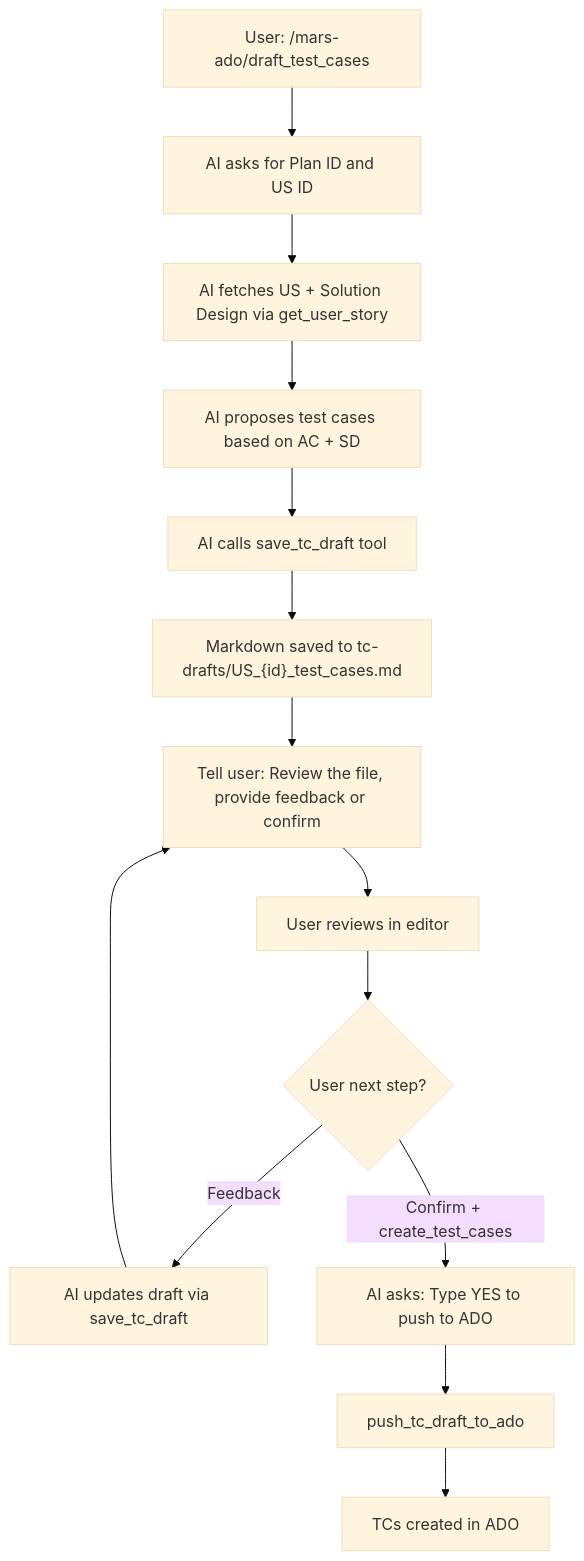
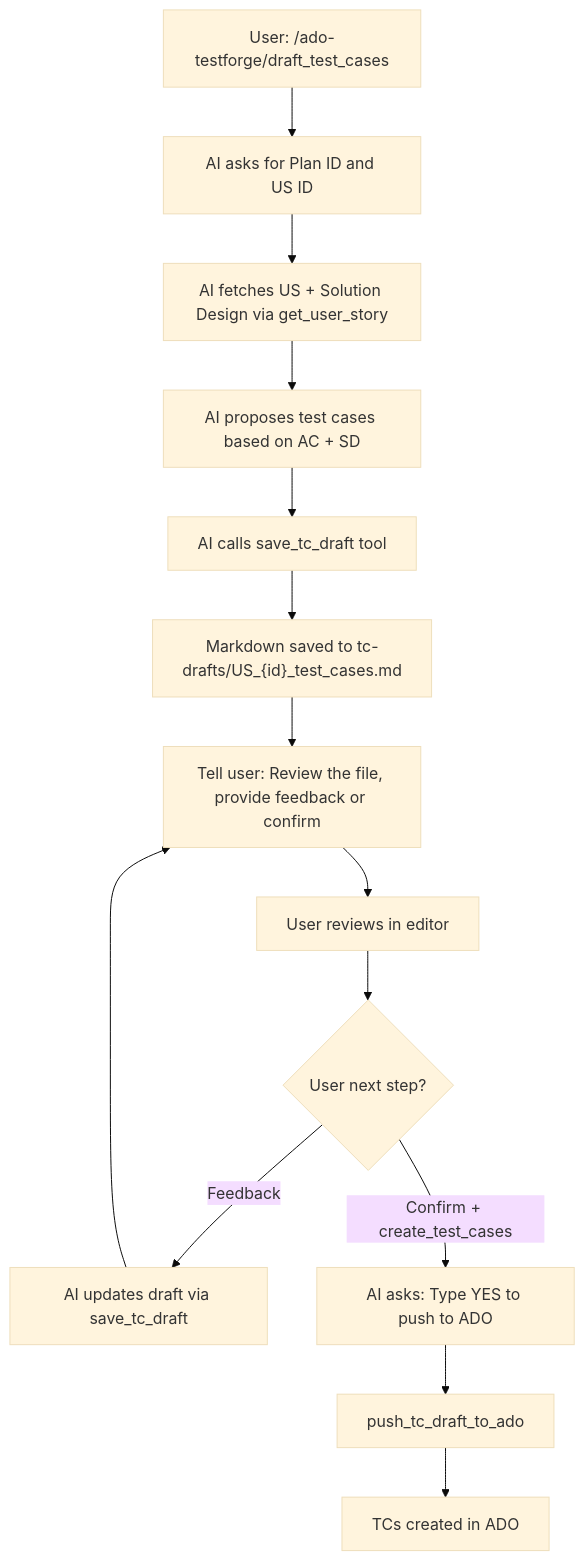
One commit to badgujar-kavita/ado-mcp-server changed the second of 2 diagrams in .cursor/plans/tc_draft_review_workflow_efed6082.plan.md. Above: the diagram before and after it, drawn with Mermaid (base theme). The commit also changed other lines of this file and 20 other files, not shown here.

First line of the commit message:
Rename MCP servers to ado-testforge / setup-ado-testforge

````diff
--- a/.cursor/plans/tc_draft_review_workflow_efed6082.plan.md
+++ b/.cursor/plans/tc_draft_review_workflow_efed6082.plan.md
@@ -76,16 +76,16 @@
 ```mermaid
 flowchart TD
-    Start["User: /mars-ado/draft_test_cases"] --> AskUS["AI asks for Plan ID and US ID"]
+    Start["User: /ado-testforge/draft_test_cases"] --> AskUS["AI asks for Plan ID and US ID"]
     AskUS --> FetchUS["AI fetches US + Solution Design via get_user_story"]
     FetchUS --> Propose["AI proposes test cases based on AC + SD"]
     Propose --> SaveDraft["AI calls save_tc_draft tool"]
     SaveDraft --> MDFile["Markdown saved to tc-drafts/US_{id}_test_cases.md"]
     MDFile --> TellUser["Tell user: Review the file, provide feedback or confirm"]
     TellUser --> Review["User reviews in editor"]
     Review --> Next{"User next step?"}
     Next -->|Feedback| Revise["AI updates draft via save_tc_draft"]
     Revise --> TellUser
     Next -->|Confirm + create_test_cases| Confirm["AI asks: Type YES to push to ADO"]
     Confirm --> Push["push_tc_draft_to_ado"]
     Push --> ADO["TCs created in ADO"]
 ```
````
